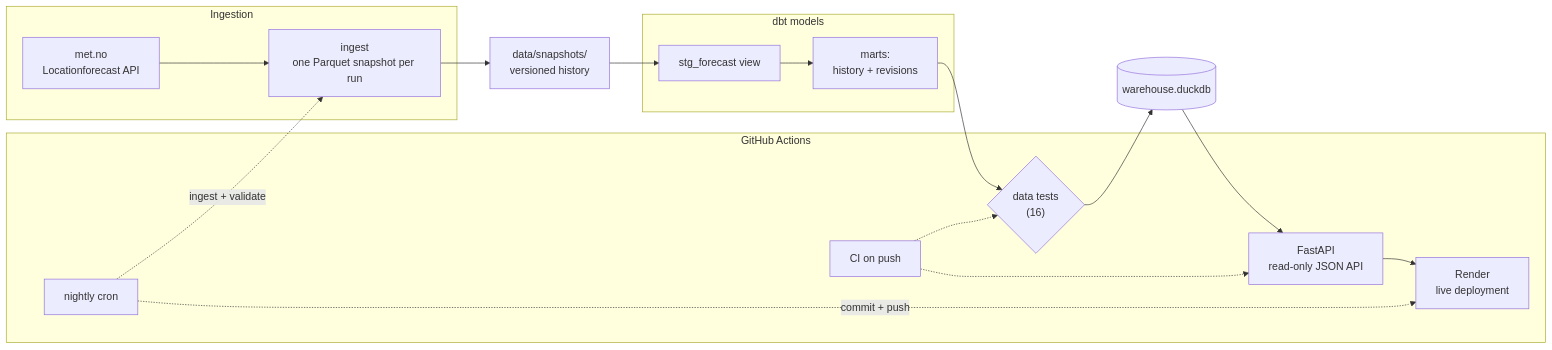
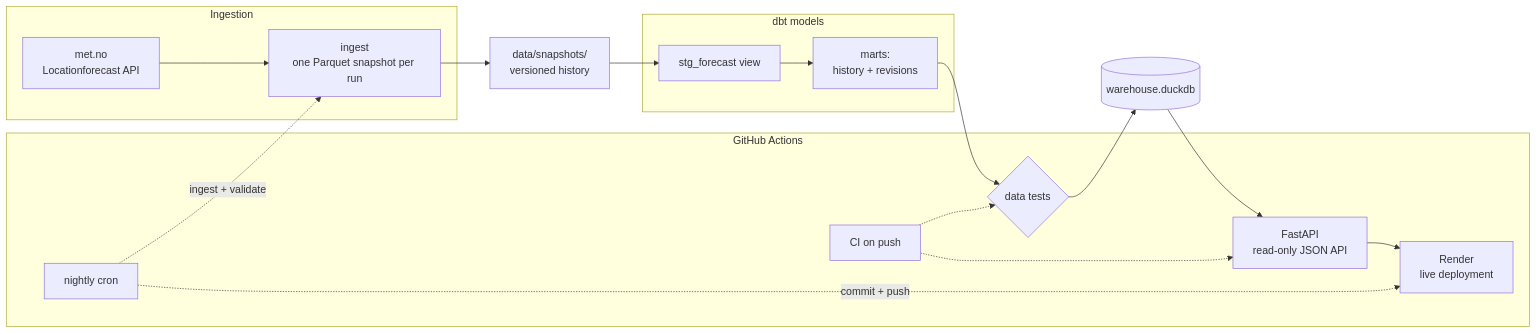
One commit to eckballtor/met-weather-pipeline changed the diagram in README.md. Above: the diagram before and after it, drawn with Mermaid. The commit also changed other lines of this file, not shown here.

````diff
--- a/README.md
+++ b/README.md
@@ -28,29 +29,29 @@
 ```mermaid
 flowchart LR
     subgraph INGEST["Ingestion"]
         A["met.no<br/>Locationforecast API"] --> B["ingest<br/>one Parquet snapshot per run"]
     end
 
     B --> C["data/snapshots/<br/>versioned history"]
 
     subgraph MODEL["dbt models"]
         D["stg_forecast view"] --> E["marts:<br/>history + revisions"]
     end
 
     C --> D
 
-    DQ{"data tests<br/>(16)"}
+    DQ{"data tests<br/>"}
 
     E --> DQ
     DQ --> W[("warehouse.duckdb")]
 
     W --> API["FastAPI<br/>read-only JSON API"]
     API --> R["Render<br/>live deployment"]
 
     subgraph AUTO["GitHub Actions"]
         N["nightly cron"] -.->|"ingest + validate"| B
         N -.->|"commit + push"| R
         CI["CI on push"] -.-> DQ
         CI -.-> API
     end
 ```
````
